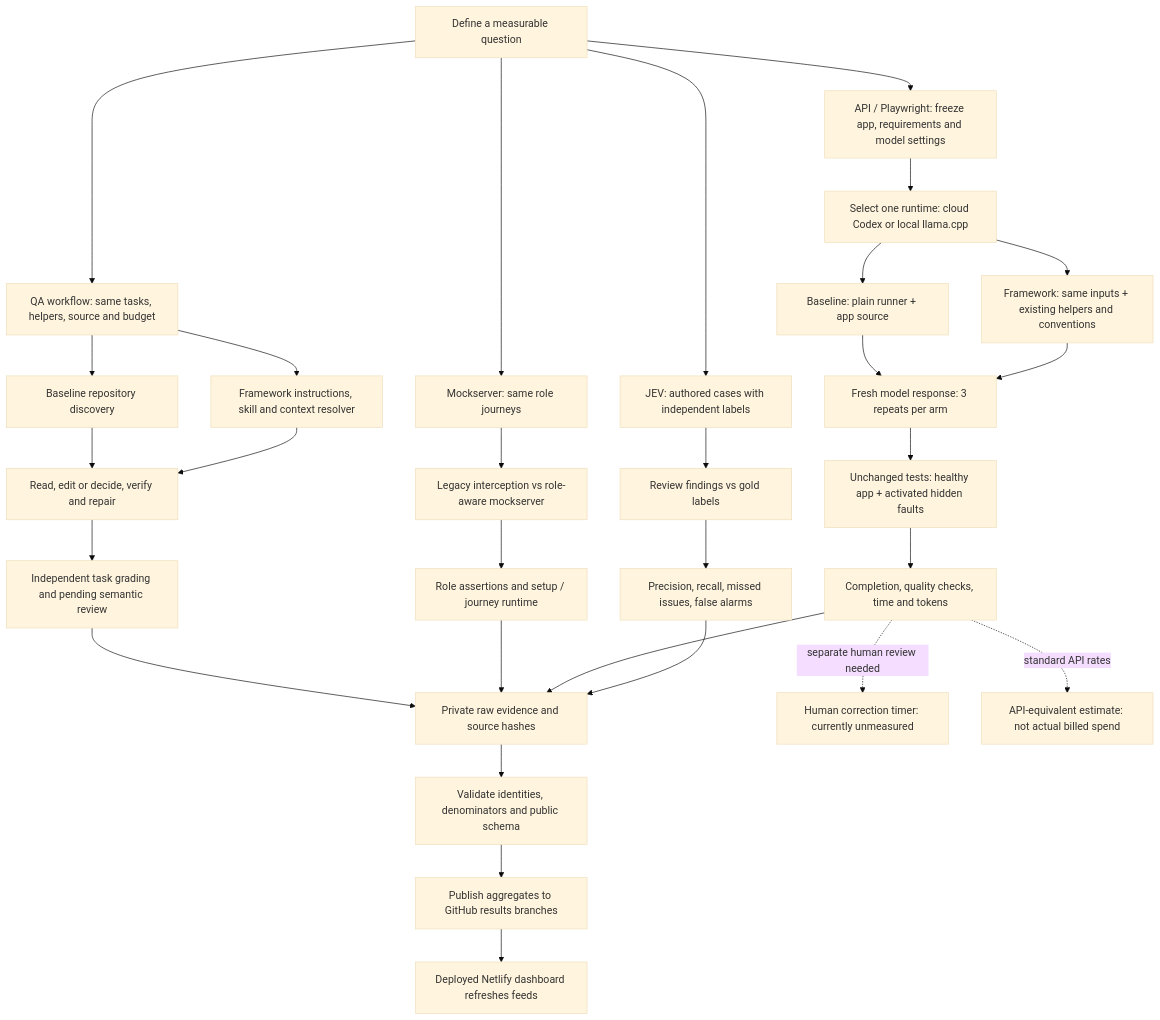
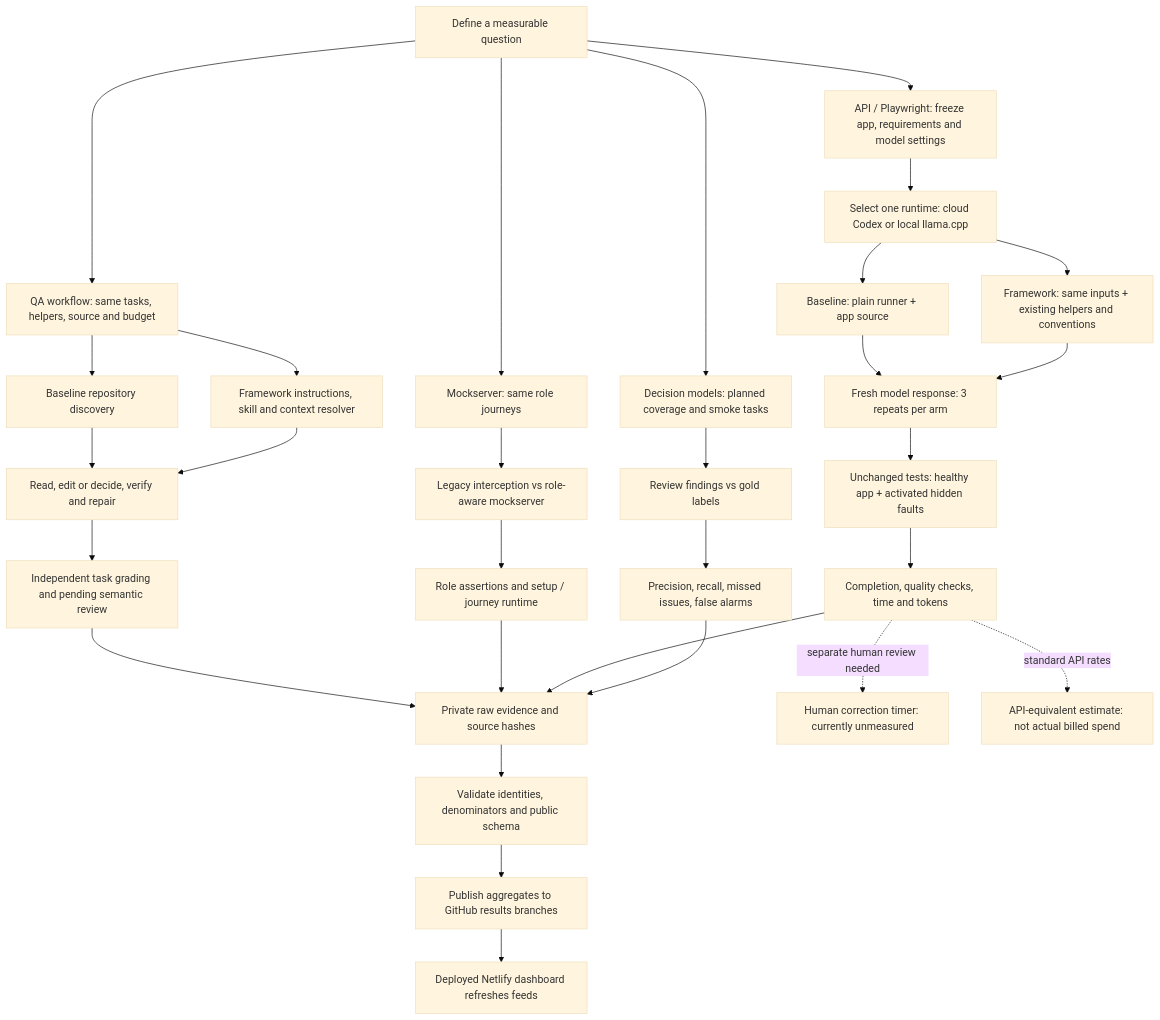
One commit to balajiregt/framework-benchmark-dashboard changed the diagram in public/benchmark-flow.mmd. Above: the diagram before and after it, drawn with Mermaid (base theme). The commit also changed 23 other files, not shown here.

Commit message:
Remove retired provider results and introduce planned Playwright Decision Bench

```diff
--- a/public/benchmark-flow.mmd
+++ b/public/benchmark-flow.mmd
@@ -1,30 +1,30 @@
 flowchart TD
     Q[Define a measurable question] --> M[Mockserver: same role journeys]
     Q --> A[API / Playwright: freeze app, requirements and model settings]
     Q --> W[QA workflow: same tasks, helpers, source and budget]
     W --> WB[Baseline repository discovery]
     W --> WC[Framework instructions, skill and context resolver]
     WB --> WL[Read, edit or decide, verify and repair]
     WC --> WL
     WL --> WG[Independent task grading and pending semantic review]
     WG --> E
-    Q --> J[JEV: authored cases with independent labels]
+    Q --> J[Decision models: planned coverage and smoke tasks]
     M --> MB[Legacy interception vs role-aware mockserver]
     MB --> MO[Role assertions and setup / journey runtime]
     A --> L[Select one runtime: cloud Codex or local llama.cpp]
     L --> B[Baseline: plain runner + app source]
     L --> F[Framework: same inputs + existing helpers and conventions]
     B --> G[Fresh model response: 3 repeats per arm]
     F --> G
     G --> O[Unchanged tests: healthy app + activated hidden faults]
     O --> T[Completion, quality checks, time and tokens]
     J --> JO[Review findings vs gold labels]
     JO --> JM[Precision, recall, missed issues, false alarms]
     MO --> E[Private raw evidence and source hashes]
     T --> E
     JM --> E
     E --> V[Validate identities, denominators and public schema]
     V --> P[Publish aggregates to GitHub results branches]
     P --> D[Deployed Netlify dashboard refreshes feeds]
     T -. separate human review needed .-> H[Human correction timer: currently unmeasured]
     T -. standard API rates .-> C[API-equivalent estimate: not actual billed spend]
```
